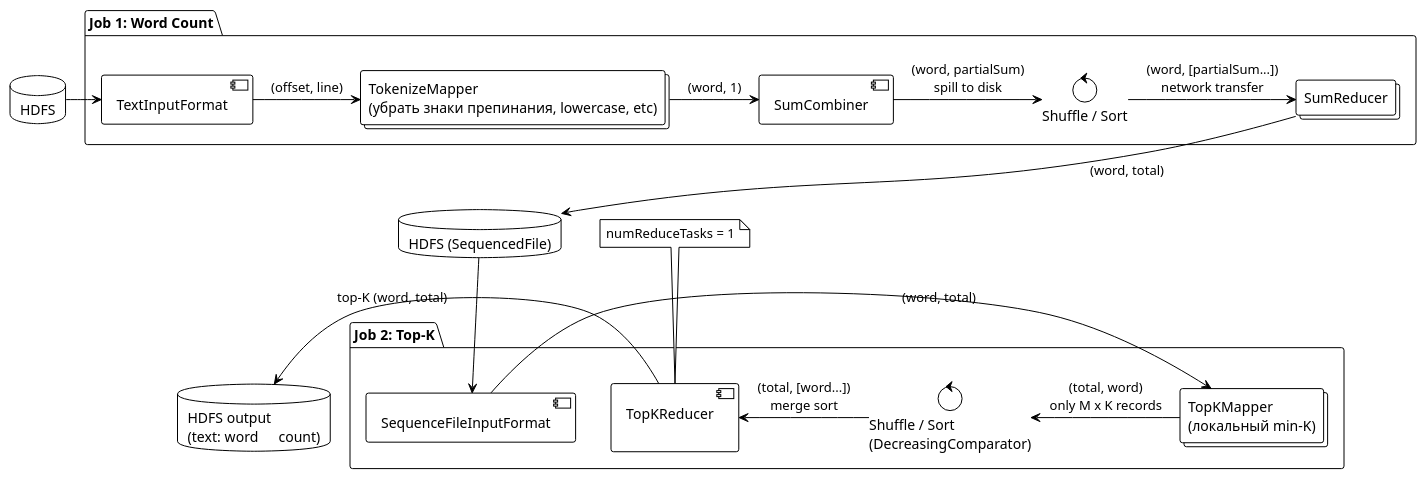
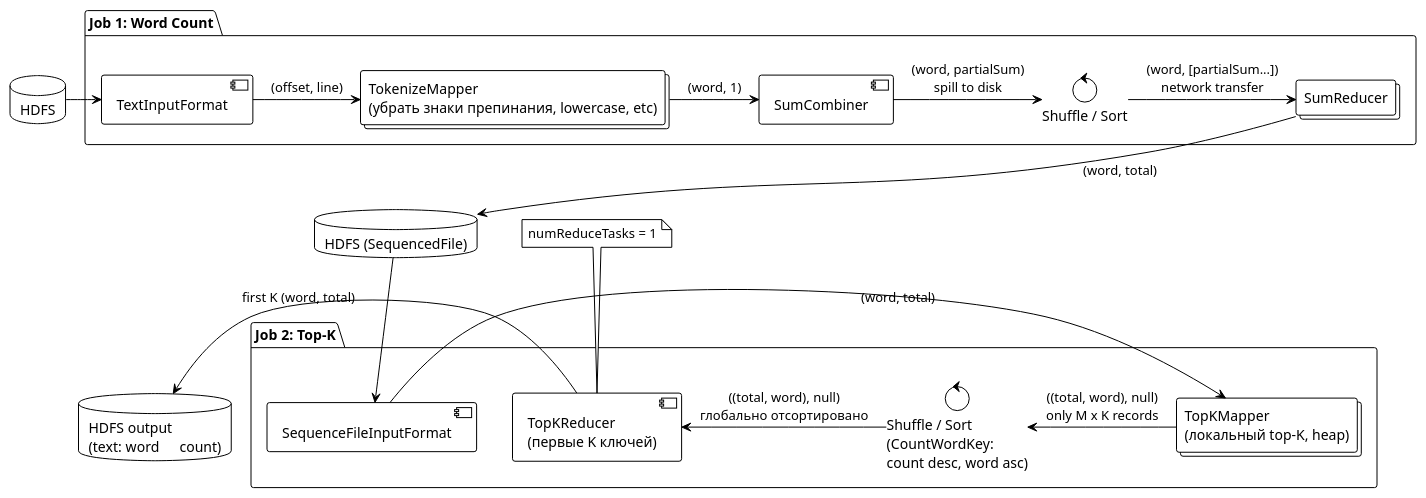
One commit to quicklybly/big-data-course changed the diagram in lab2/arch.puml. Above: the diagram before and after it, drawn with PlantUML. The commit also changed 10 other files, not shown here.

Commit message:
update architecture

```diff
--- a/lab2/arch.puml
+++ b/lab2/arch.puml
@@ -1,47 +1,47 @@
 @startuml
 !theme plain
 hide empty members
 skinparam componentStyle uml2
 
 database "HDFS" as In
 
 package "Job 1: Word Count" {
     [TextInputFormat] as Input1
     collections "TokenizeMapper\n(убрать знаки препинания, lowercase, etc)" as Map1
     component "SumCombiner" as Comb
     control "Shuffle / Sort" as Shuf1
     collections "SumReducer" as Red1
 }
 
 database "HDFS (SequencedFile)" as Tmp
 
 package "Job 2: Top-K" {
     [SequenceFileInputFormat] as Input2
-    collections "TopKMapper\n(локальный min-K)" as Map2
-    control "Shuffle / Sort\n(DecreasingComparator)" as Shuf2
-    component "TopKReducer\n" as Red2
+    collections "TopKMapper\n(локальный top-K, heap)" as Map2
+    control "Shuffle / Sort\n(CountWordKey:\ncount desc, word asc)" as Shuf2
+    component "TopKReducer\n(первые K ключей)" as Red2
 }
 
 database "HDFS output\n(text: word \\t count)" as Out
 
 In -> Input1
 Input1 -> Map1 : (offset, line)
 Map1 -> Comb : (word, 1)
 Comb -> Shuf1 : (word, partialSum)\nspill to disk
 Shuf1 -> Red1 : (word, [partialSum...])\nnetwork transfer
 Red1 --> Tmp : (word, total)
 
 Tmp --> Input2
 Input2 -l-> Map2 : (word, total)
-Map2 -l-> Shuf2 : (total, word)\nonly M x K records
-Shuf2 -l-> Red2 : (total, [word...])\nmerge sort
-Red2 -l-> Out : top-K (word, total)
+Map2 -l-> Shuf2 : ((total, word), null)\nonly M x K records
+Shuf2 -l-> Red2 : ((total, word), null)\nглобально отсортировано
+Red2 -l-> Out : first K (word, total)
 
 ' layout hints: keep Out at the left end of the Job 2 row
 In -[hidden]d-> Out
 Out -[hidden]r-> Red2
 
 note top of Red2
   numReduceTasks = 1
 end note
 @enduml
```
